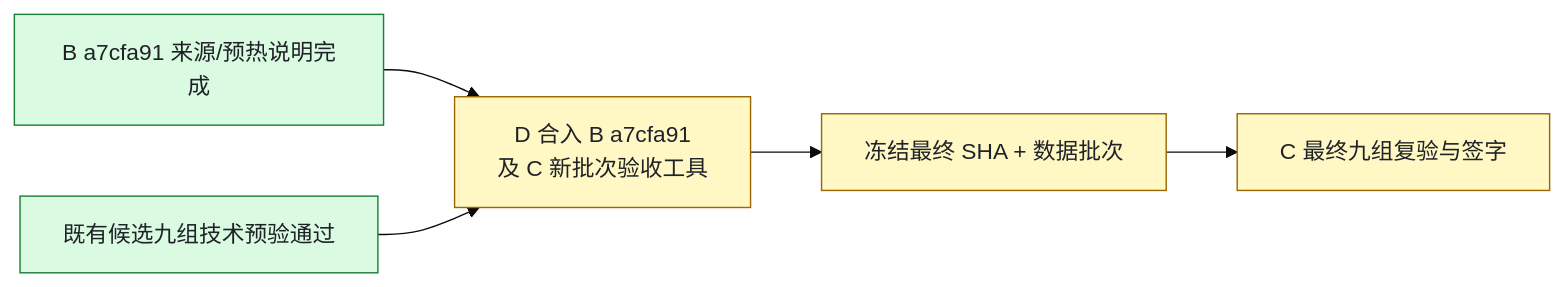
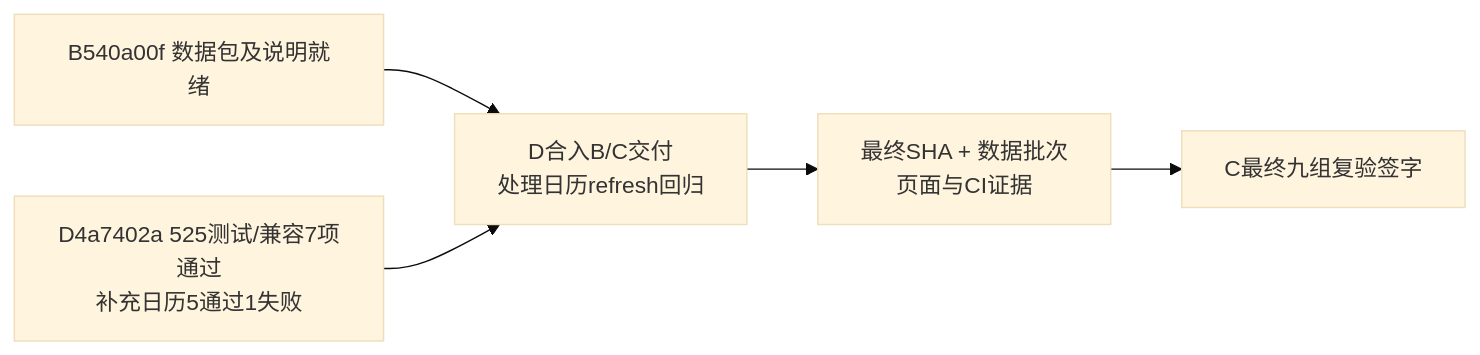
One commit to 27ye/ai-quant-platform changed the diagram in docs/C_PROGRESS.md. Above: the diagram before and after it, drawn with Mermaid (base theme). The commit also changed other lines of this file and 7 other files, not shown here.

````diff
--- a/docs/C_PROGRESS.md
+++ b/docs/C_PROGRESS.md
@@ -7,11 +7,7 @@
 ```mermaid
 flowchart LR
-    B["B a7cfa91 来源/预热说明完成"] --> D["D 合入 B a7cfa91<br/>及 C 新批次验收工具"]
-    C["既有候选九组技术预验通过"] --> D
-    D --> F["冻结最终 SHA + 数据批次"]
-    F --> S["C 最终九组复验与签字"]
-    classDef done fill:#dafbe1,stroke:#1a7f37,color:#1f2328
-    classDef pending fill:#fff8c5,stroke:#9a6700,color:#1f2328
-    class B,C done
-    class D,F,S pending
+    B["B540a00f 数据包及说明就绪"] --> D["D合入B/C交付<br/>处理日历refresh回归"]
+    C["D4a7402a 525测试/兼容7项通过<br/>补充日历5通过1失败"] --> D
+    D --> F["最终SHA + 数据批次<br/>页面与CI证据"]
+    F --> S["C最终九组复验签字"]
 ```
````
